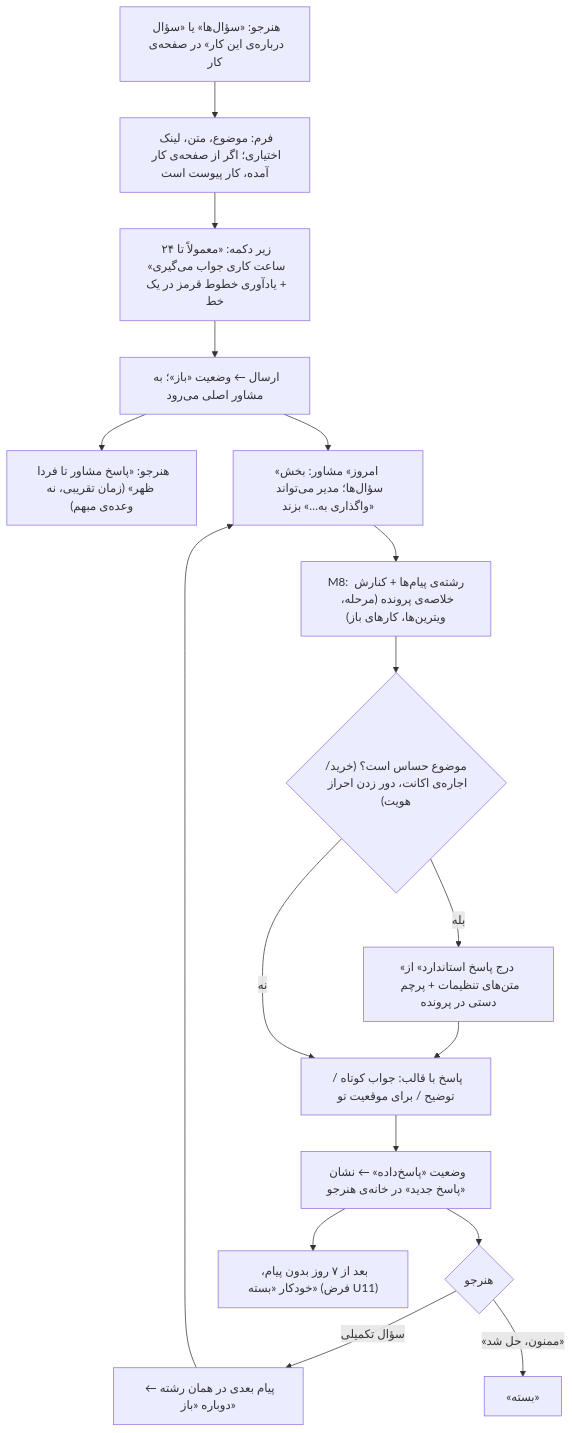
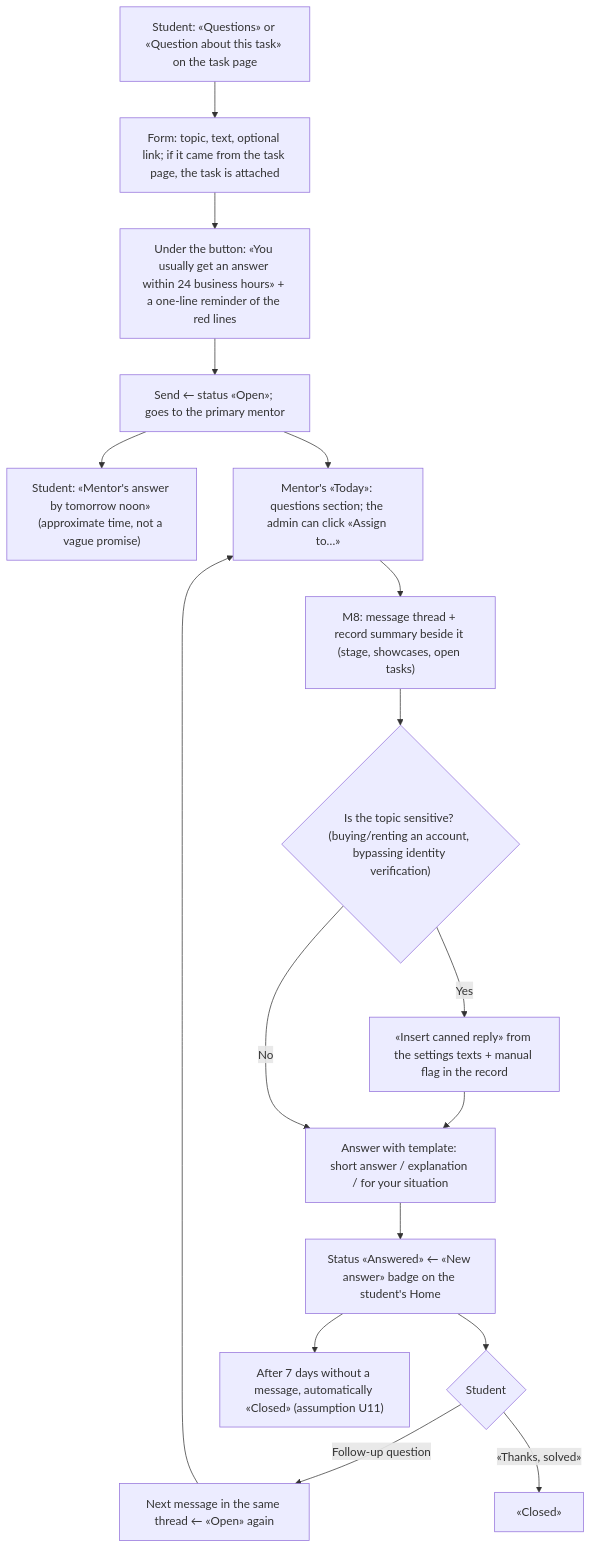
Before and after one commit to simorghsorkh/upworkcoach: the eighth of 9 diagrams in docs/03-ux/user-flows.md, drawn with Mermaid. The commit also changed other lines of this file and 360 other files, not shown here.

````diff
--- a/docs/03-ux/user-flows.md
+++ b/docs/03-ux/user-flows.md
@@ -248,17 +248,17 @@
 ```mermaid
 flowchart TD
-    A["هنرجو: «سؤال‌ها» یا «سؤال درباره‌ی این کار» در صفحه‌ی کار"] --> B["فرم: موضوع، متن، لینک اختیاری؛ اگر از صفحه‌ی کار آمده، کار پیوست است"]
-    B --> C["زیر دکمه: «معمولاً تا ۲۴ ساعت کاری جواب می‌گیری» + یادآوری خطوط قرمز در یک خط"]
-    C --> D["ارسال ← وضعیت «باز»؛ به مشاور اصلی می‌رود"]
-    D --> E["هنرجو: «پاسخ مشاور تا فردا ظهر» (زمان تقریبی، نه وعده‌ی مبهم)"]
-    D --> F["«امروز» مشاور: بخش سؤال‌ها؛ مدیر می‌تواند «واگذاری به…» بزند"]
-    F --> G["M8: رشته‌ی پیام‌ها + کنارش خلاصه‌ی پرونده (مرحله، ویترین‌ها، کارهای باز)"]
-    G --> H{"موضوع حساس است؟ (خرید/اجاره‌ی اکانت، دور زدن احراز هویت)"}
-    H -->|بله| H1["«درج پاسخ استاندارد» از متن‌های تنظیمات + پرچم دستی در پرونده"] --> I
-    H -->|نه| I["پاسخ با قالب: جواب کوتاه / توضیح / برای موقعیت تو"]
-    I --> J["وضعیت «پاسخ‌داده» ← نشان «پاسخ جدید» در خانه‌ی هنرجو"]
-    J --> K{"هنرجو"}
-    K -->|سؤال تکمیلی| L["پیام بعدی در همان رشته ← دوباره «باز»"] --> F
-    K -->|«ممنون، حل شد»| M["«بسته»"]
-    J --> N["بعد از ۷ روز بدون پیام، خودکار «بسته» (فرض U11)"]
+    A["Student: «Questions» or «Question about this task» on the task page"] --> B["Form: topic, text, optional link; if it came from the task page, the task is attached"]
+    B --> C["Under the button: «You usually get an answer within 24 business hours» + a one-line reminder of the red lines"]
+    C --> D["Send ← status «Open»; goes to the primary mentor"]
+    D --> E["Student: «Mentor's answer by tomorrow noon» (approximate time, not a vague promise)"]
+    D --> F["Mentor's «Today»: questions section; the admin can click «Assign to…»"]
+    F --> G["M8: message thread + record summary beside it (stage, showcases, open tasks)"]
+    G --> H{"Is the topic sensitive? (buying/renting an account, bypassing identity verification)"}
+    H -->|Yes| H1["«Insert canned reply» from the settings texts + manual flag in the record"] --> I
+    H -->|No| I["Answer with template: short answer / explanation / for your situation"]
+    I --> J["Status «Answered» ← «New answer» badge on the student's Home"]
+    J --> K{"Student"}
+    K -->|Follow-up question| L["Next message in the same thread ← «Open» again"] --> F
+    K -->|«Thanks, solved»| M["«Closed»"]
+    J --> N["After 7 days without a message, automatically «Closed» (assumption U11)"]
 ```
````
